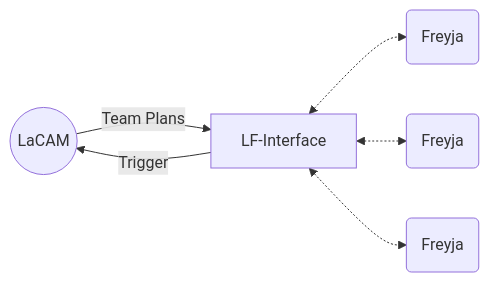
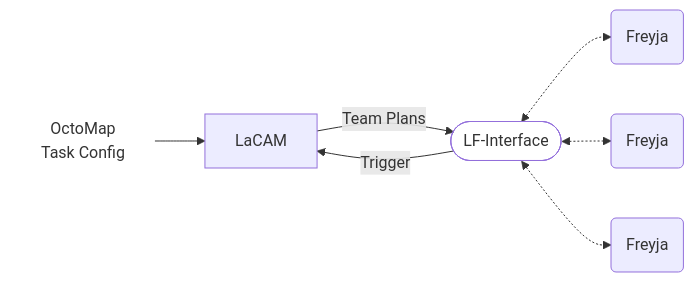
Before and after one commit to proroklab/lf: the diagram in README.md, drawn with Mermaid. The commit also changed other lines of this file, not shown here.

Commit message:
minor tweaks

````diff
--- a/README.md
+++ b/README.md
@@ -9,8 +9,12 @@
 ```mermaid
 graph LR
-A((LaCAM)) -- Team Plans --> B[LF-Interface]
+A[LaCAM] -- Team Plans --> B([LF-Interface])
 B <-.-> D(Freyja)
 B <-.-> E(Freyja)
 B <-.-> F(Freyja)
 B -- Trigger --> A
+INP[OctoMap<br>Task Config] --> A
+
+style INP fill-opacity:0, stroke-opacity:0;
+style B fill:#FFFFFF33
 ```
````
